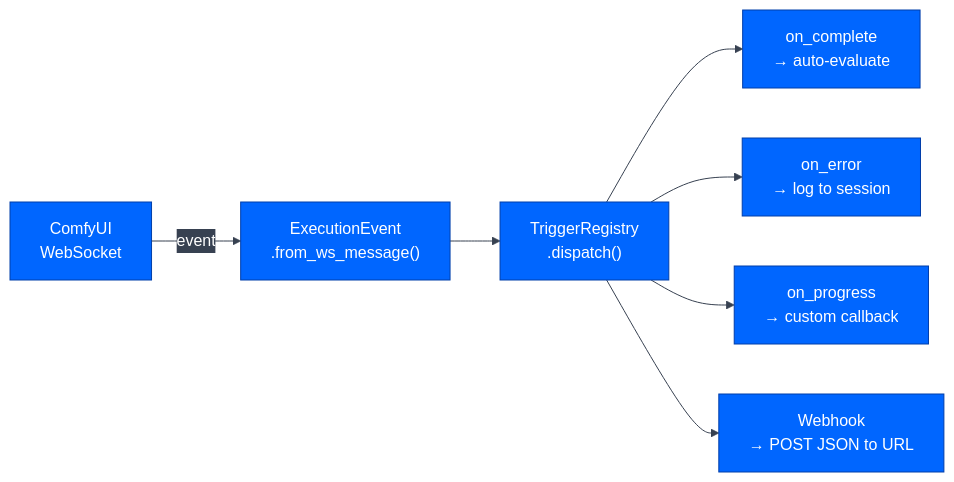
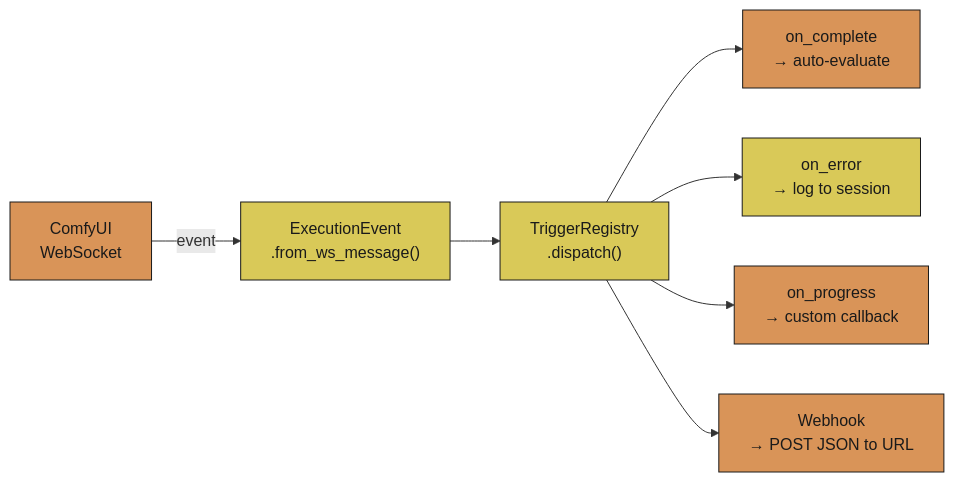
Before and after one commit to JosephOIbrahim/Comfy-Cozy: the ninth of 27 diagrams in README.md, drawn with Mermaid. The commit also changed other lines of this file and 38 other files, not shown here.

````diff
--- a/README.md
+++ b/README.md
@@ -451,10 +553,14 @@
 ```mermaid
-%%{init: {'theme':'base','themeVariables': {'primaryColor':'#0066FF','primaryTextColor':'#ffffff','primaryBorderColor':'#003eaa','lineColor':'#374151','secondaryColor':'#374151','tertiaryColor':'#1f2937','fontFamily':'monospace'}}}%%
 flowchart LR
     WS["ComfyUI<br/>WebSocket"] -->|event| Parse["ExecutionEvent<br/>.from_ws_message()"]
     Parse --> Dispatch["TriggerRegistry<br/>.dispatch()"]
     Dispatch --> CB1["on_complete<br/>→ auto-evaluate"]
     Dispatch --> CB2["on_error<br/>→ log to session"]
     Dispatch --> CB3["on_progress<br/>→ custom callback"]
     Dispatch --> WH["Webhook<br/>→ POST JSON to URL"]
+
+    classDef orange fill:#d99458,color:#1a1a1a,stroke:#1a1a1a
+    classDef yellow fill:#d9c958,color:#1a1a1a,stroke:#1a1a1a
+    class WS,CB1,CB3,WH orange
+    class Parse,Dispatch,CB2,from_ws_message,dispatch yellow
 ```
````
